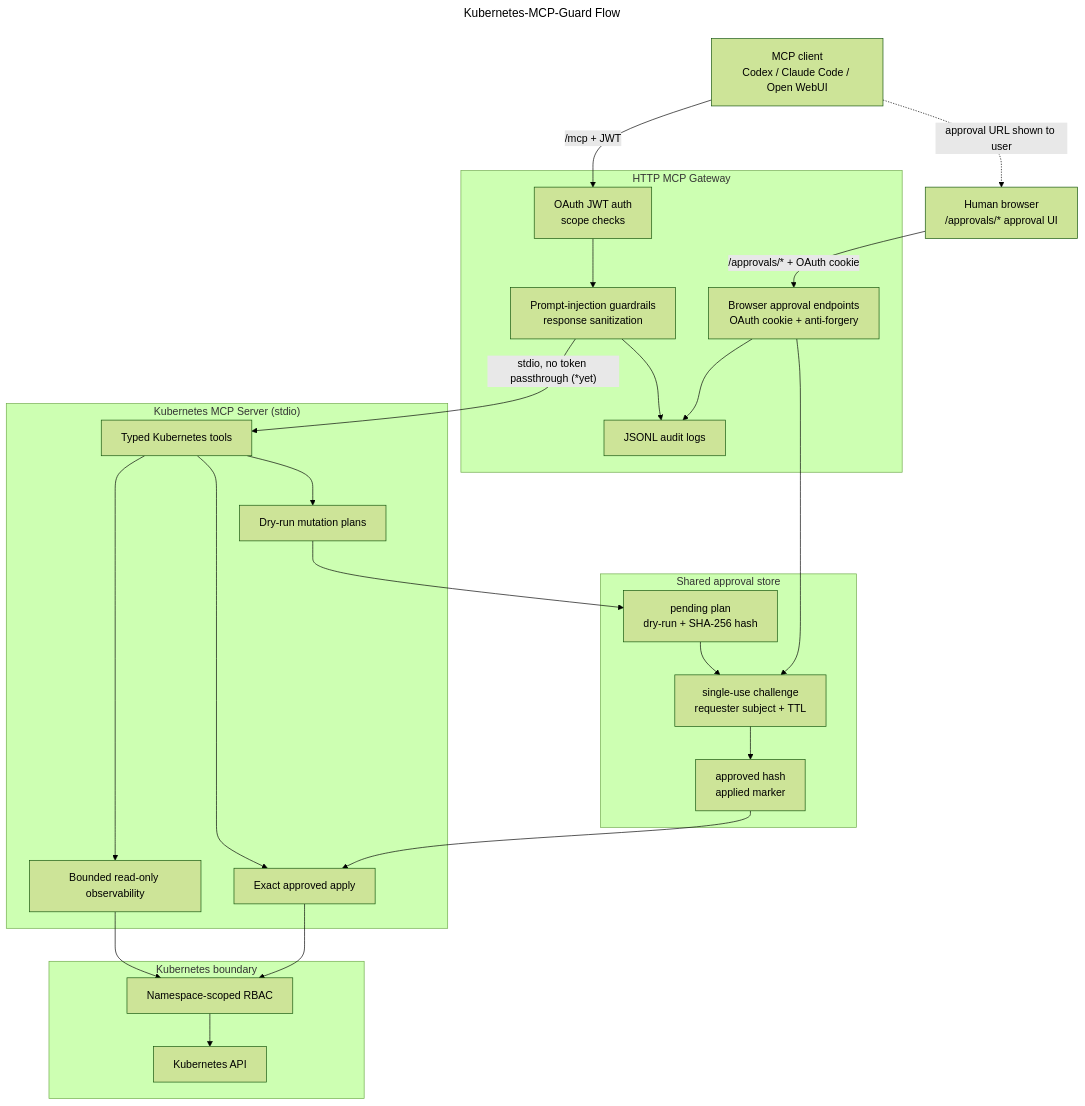
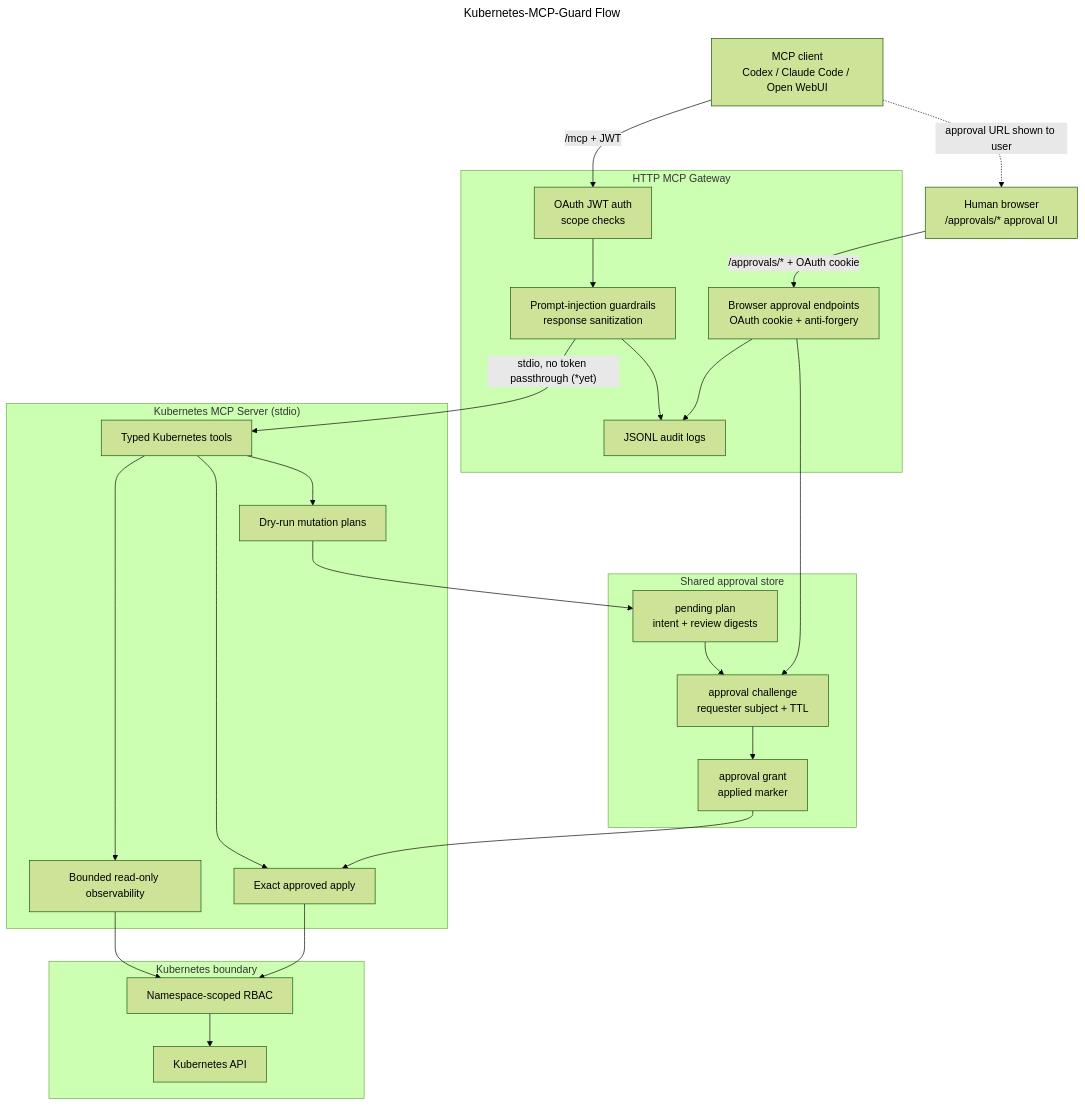
One commit to mirusser/Kubernetes-MCP-Guard changed the first of 2 diagrams in README.md. Above: the diagram before and after it, drawn with Mermaid (forest theme). The commit also changed other lines of this file and 53 other files, not shown here.

````diff
--- a/README.md
+++ b/README.md
@@ -44,52 +44,52 @@
 ```mermaid
 ---
 title: Kubernetes-MCP-Guard Flow
 ---
 flowchart TB
     Client["MCP client<br/>Codex / Claude Code / Open WebUI"]
     Browser["Human browser<br/>/approvals/* approval UI"]
 
     subgraph Gateway["HTTP MCP Gateway"]
         Auth["OAuth JWT auth<br/>scope checks"]
         Guardrails["Prompt-injection guardrails<br/>response sanitization"]
         ApprovalUI["Browser approval endpoints<br/>OAuth cookie + anti-forgery"]
         Audit["JSONL audit logs"]
         Auth --> Guardrails
         Guardrails --> Audit
         ApprovalUI --> Audit
     end
 
     subgraph Store["Shared approval store"]
-        Pending["pending plan<br/>dry-run + SHA-256 hash"]
-        Challenge["single-use challenge<br/>requester subject + TTL"]
-        Approved["approved hash<br/>applied marker"]
+        Pending["pending plan<br/>intent + review digests"]
+        Challenge["approval challenge<br/>requester subject + TTL"]
+        Approved["approval grant<br/>applied marker"]
         Pending --> Challenge
         Challenge --> Approved
     end
 
     subgraph Server["Kubernetes MCP Server (stdio)"]
         Tools["Typed Kubernetes tools"]
         ReadOnly["Bounded read-only observability"]
         Plans["Dry-run mutation plans"]
         Apply["Exact approved apply"]
         Tools --> ReadOnly
         Tools --> Plans
         Tools --> Apply
     end
 
     subgraph Kubernetes["Kubernetes boundary"]
         RBAC["Namespace-scoped RBAC"]
         API["Kubernetes API"]
         RBAC --> API
     end
 
     Client -->|"/mcp + JWT"| Auth
     Guardrails -->|"stdio, no token passthrough (*yet)"| Tools
     Plans --> Pending
     Client -.->|"approval URL shown to user"| Browser
     Browser -->|"/approvals/* + OAuth cookie"| ApprovalUI
     ApprovalUI --> Challenge
     Approved --> Apply
     ReadOnly --> RBAC
     Apply --> RBAC
 ```
````
